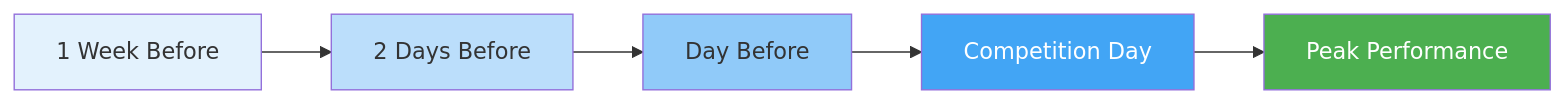
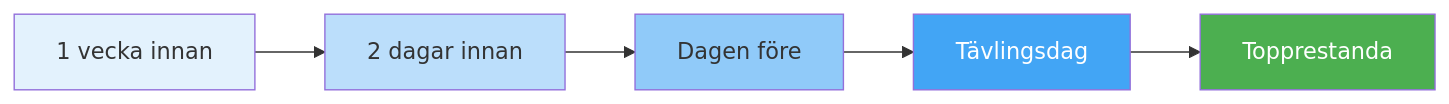
The diagram in docs/sv/articles/competition-prep.md (patwii/petanque-academy), drawn with Mermaid before and after one commit. The commit also changed other lines of this file and 550 other files, not shown here.

````diff
--- a/docs/sv/articles/competition-prep.md
+++ b/docs/sv/articles/competition-prep.md
@@ -16,13 +16,13 @@
 ```mermaid
 flowchart LR
-    A[1 Week Before] --> B[2 Days Before]
-    B --> C[Day Before]
-    C --> D[Competition Day]
-    D --> E[Peak Performance]
+    A[1 vecka innan] --> B[2 dagar innan]
+    B --> C[Dagen före]
+    C --> D[Tävlingsdag]
+    D --> E[Topprestanda]
 
     style A fill:#e3f2fd
     style B fill:#bbdefb
     style C fill:#90caf9
     style D fill:#42a5f5,color:#fff
     style E fill:#4CAF50,color:#fff
 ```
````
